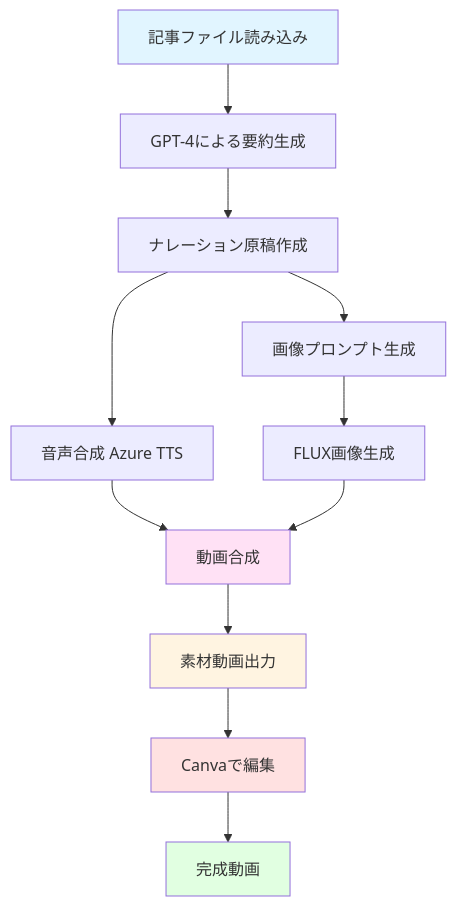
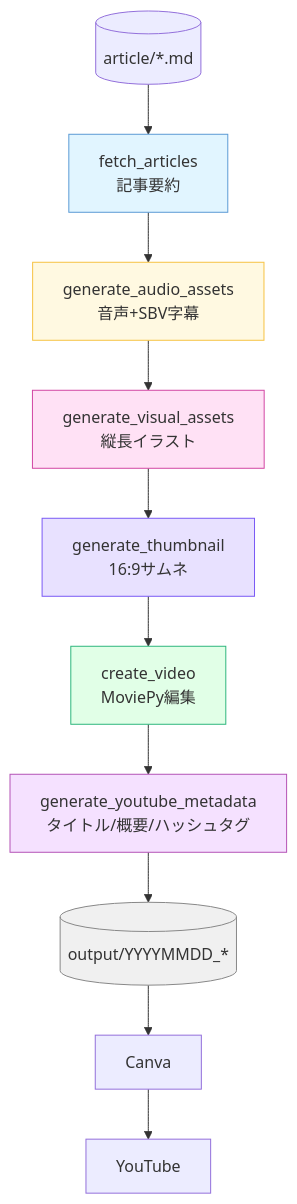
Before and after one commit to Ken-kichi/news-article: the first of 3 diagrams in article.md, drawn with Mermaid. The commit also changed other lines of this file and 5 other files, not shown here.

````diff
--- a/article.md
+++ b/article.md
@@ -112,19 +89,20 @@
 ```mermaid
 flowchart TD
-    A[記事ファイル読み込み] --> B[GPT-4による要約生成]
-    B --> C[ナレーション原稿作成]
-    C --> D[音声合成 Azure TTS]
-    C --> E[画像プロンプト生成]
-    E --> F[FLUX画像生成]
-    D --> G[動画合成]
-    F --> G
-    G --> H[素材動画出力]
-    H --> I[Canvaで編集]
-    I --> J[完成動画]
+    Articles[(article/*.md)] --> Fetch[fetch_articles<br/>記事要約]
+    Fetch --> Audio[generate_audio_assets<br/>音声+SBV字幕]
+    Audio --> Visual[generate_visual_assets<br/>縦長イラスト]
+    Visual --> Thumb[generate_thumbnail<br/>16:9サムネ]
+    Thumb --> Video[create_video<br/>MoviePy編集]
+    Video --> Meta[generate_youtube_metadata<br/>タイトル/概要/ハッシュタグ]
+    Meta --> Outputs[(output/YYYYMMDD_*)]
+    Outputs --> Canva
+    Canva --> YouTube
 
-    style A fill:#e1f5ff
-    style H fill:#fff4e1
-    style I fill:#ffe1e1
-    style J fill:#e1ffe1
-    style G fill:#ffe1f5
+    style Fetch fill:#e1f5ff,stroke:#5b9bd5
+    style Audio fill:#fff9e1,stroke:#f6c343
+    style Visual fill:#ffe1f5,stroke:#d246a3
+    style Thumb fill:#e8e1ff,stroke:#7a5af5
+    style Video fill:#e1ffe7,stroke:#2eb67d
+    style Meta fill:#f5e1ff,stroke:#b453b6
+    style Outputs fill:#f0f0f0,stroke:#888
 ```
````
